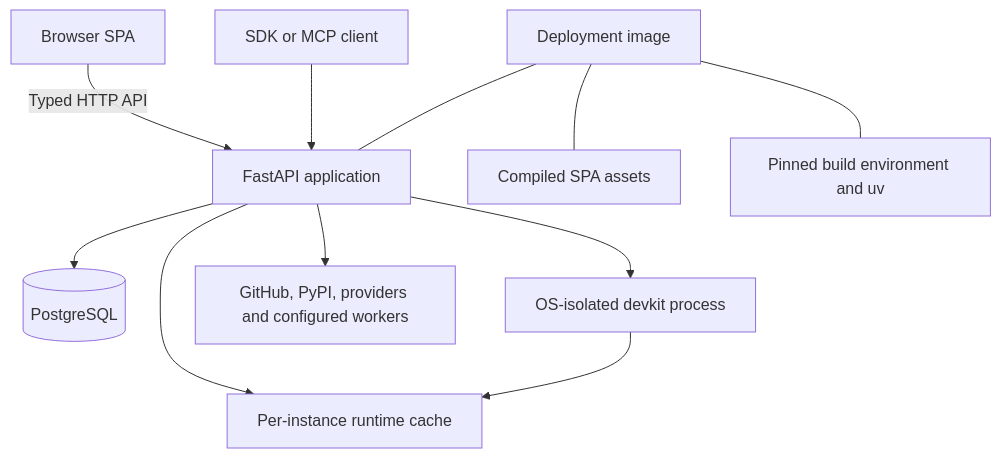
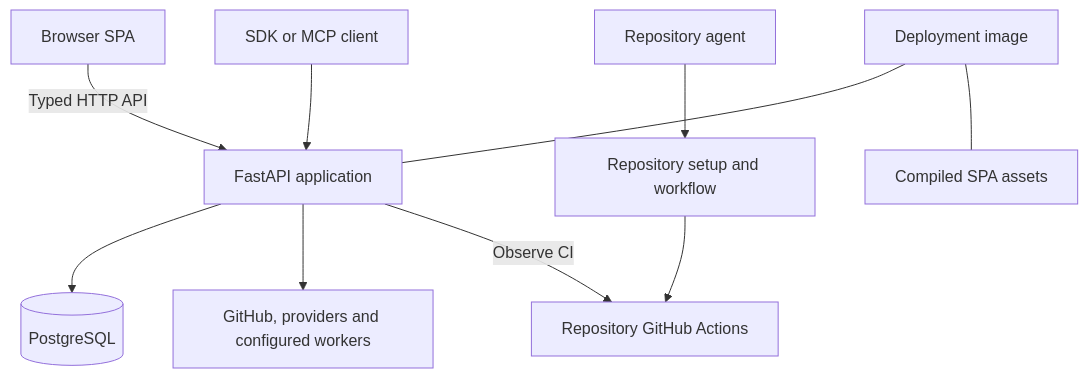
Before and after one commit to mjkimR/autohub: the diagram in docs/architecture/ARCH-05-1-containers.md, drawn with Mermaid. The commit also changed other lines of this file and 252 other files, not shown here.

````diff
--- a/docs/architecture/ARCH-05-1-containers.md
+++ b/docs/architecture/ARCH-05-1-containers.md
@@ -12,13 +12,12 @@
 ```mermaid
 flowchart TB
     Browser[Browser SPA] -->|Typed HTTP API| API[FastAPI application]
     Client[SDK or MCP client] --> API
     API --> DB[(PostgreSQL)]
-    API --> Runtime[OS-isolated devkit process]
-    API --> Cache[Per-instance runtime cache]
-    Runtime --> Cache
-    API --> External[GitHub, PyPI, providers and configured workers]
+    API --> External[GitHub, providers and configured workers]
+    Agent[Repository agent] --> Repository[Repository setup and workflow]
+    Repository --> Actions[Repository GitHub Actions]
+    API -->|Observe CI| Actions
     Image[Deployment image] --- API
     Image --- Assets[Compiled SPA assets]
-    Image --- Build[Pinned build environment and uv]
 ```
````
